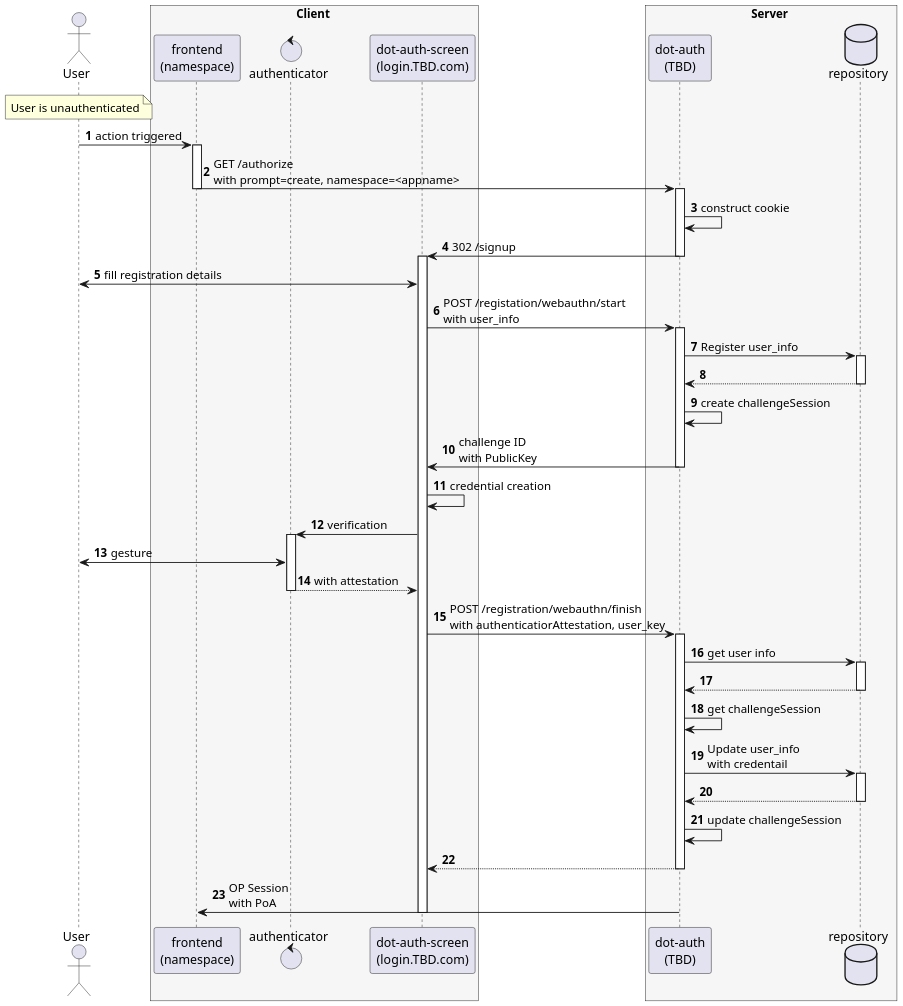
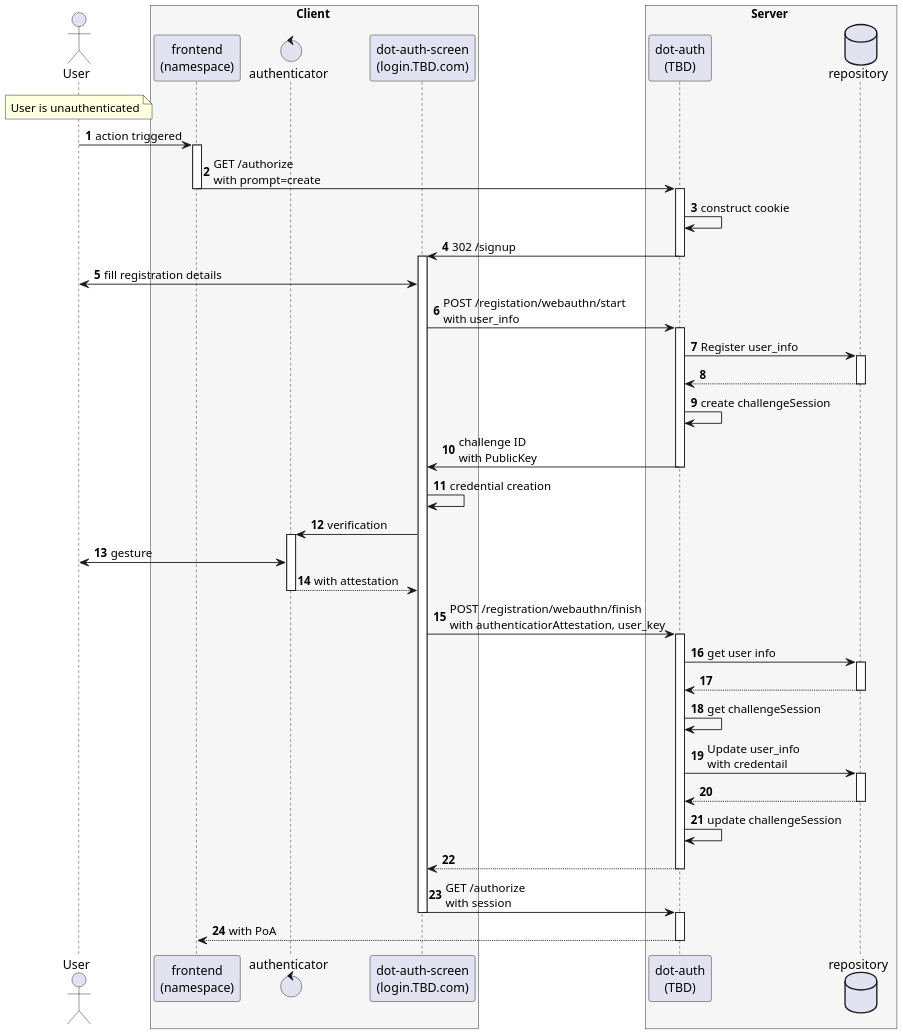
Before and after one commit to areugoh/proto: the first of 2 diagrams in proto/dot-auth/api/v1/design-doc.md, drawn with PlantUML. The commit also changed other lines of this file, not shown here.

Commit message:
change(dot-auth): design doc token generation endpoint

````diff
--- a/proto/dot-auth/api/v1/design-doc.md
+++ b/proto/dot-auth/api/v1/design-doc.md
@@ -4,77 +7,80 @@
 ```plantuml
 @startuml registration-details
 skinparam dpi 160
 skinparam monochome false
 skinparam BoxPadding 10
 
 actor User as U
 
 box Client #f6f6f6
 participant "frontend\n(namespace)" as F
 control "authenticator" as A
 participant "dot-auth-screen\n(login.TBD.com)" as DAS
 end box
 
 box Server #f6f6f6
 participant "dot-auth\n(TBD)" as DA
 database "repository" as R
 end box
 
 autonumber
 
 note over U
 User is unauthenticated
 end note
 
 
 U -> F: action triggered
 
 
 activate F
-F -> DA: GET /authorize \nwith prompt=create, namespace=<appname>
+F -> DA: GET /authorize \nwith prompt=create
 deactivate F
 
 
 activate DA
 DA -> DA: construct cookie
 DA -> DAS: 302 /signup
 deactivate DA
 
 
 activate DAS
 U <-> DAS: fill registration details
 DAS -> DA: POST /registation/webauthn/start \nwith user_info
 
 activate DA
 DA -> R: Register user_info
 activate R
 R --> DA
 deactivate R
 DA -> DA: create challengeSession
 DA -> DAS: challenge ID \nwith PublicKey
 deactivate DA
 
 DAS -> DAS: credential creation
 DAS -> A: verification
 activate A
 A <-> U: gesture
 A --> DAS: with attestation
 deactivate A
 
 DAS -> DA: POST /registration/webauthn/finish \nwith authenticatiorAttestation, user_key
 activate DA
 DA -> R: get user info
 activate R
 R --> DA
 deactivate R
 DA -> DA: get challengeSession
 DA -> R: Update user_info \nwith credentail
 activate R
 R --> DA
 deactivate R
 DA -> DA: update challengeSession
 DA --> DAS
 deactivate DA
-DA -> F: OP Session \nwith PoA
+DAS -> DA: GET /authorize \nwith session
 deactivate DAS
+activate DA
+DA --> F: with PoA
+deactivate DA
 ```
````
